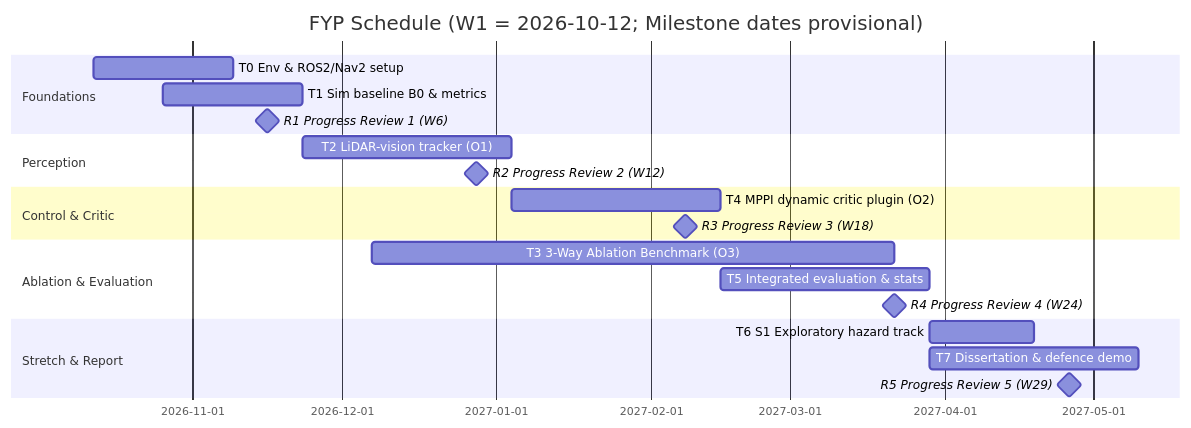
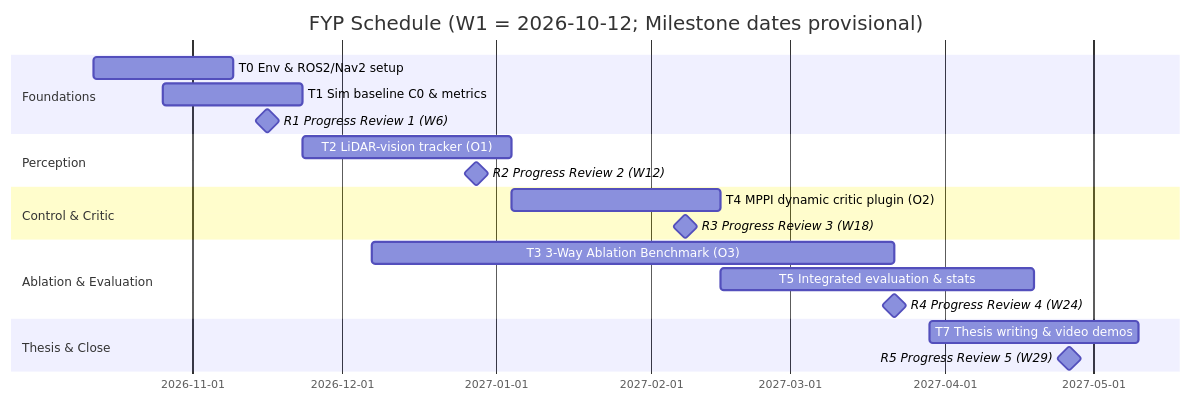
Before and after one commit to cupcakes04/y4_ee: the diagram in modules/EEEE4077_mechatronics_proj/chapters/planning/schedule.md, drawn with Mermaid. The commit also changed other lines of this file and 50 other files, not shown here.

````diff
--- a/modules/EEEE4077_mechatronics_proj/chapters/planning/schedule.md
+++ b/modules/EEEE4077_mechatronics_proj/chapters/planning/schedule.md
@@ -24,23 +28,22 @@
 ```mermaid
 gantt
     dateFormat  YYYY-MM-DD
     title FYP Schedule (W1 = 2026-10-12; Milestone dates provisional)
     section Foundations
     T0 Env & ROS2/Nav2 setup           :t0, 2026-10-12, 28d
-    T1 Sim baseline B0 & metrics       :t1, 2026-10-26, 28d
+    T1 Sim baseline C0 & metrics       :t1, 2026-10-26, 28d
     R1 Progress Review 1 (W6)          :milestone, r1, 2026-11-16, 0d
     section Perception
     T2 LiDAR-vision tracker (O1)       :t2, 2026-11-23, 42d
     R2 Progress Review 2 (W12)         :milestone, r2, 2026-12-28, 0d
     section Control & Critic
     T4 MPPI dynamic critic plugin (O2) :t4, 2027-01-04, 42d
     R3 Progress Review 3 (W18)         :milestone, r3, 2027-02-08, 0d
     section Ablation & Evaluation
     T3 3-Way Ablation Benchmark (O3)   :t3, 2026-12-07, 105d
-    T5 Integrated evaluation & stats   :t5, 2027-02-15, 42d
+    T5 Integrated evaluation & stats   :t5, 2027-02-15, 63d
     R4 Progress Review 4 (W24)         :milestone, r4, 2027-03-22, 0d
-    section Stretch & Report
-    T6 S1 Exploratory hazard track     :t6, 2027-03-29, 21d
-    T7 Dissertation & defence demo     :t7, 2027-03-29, 42d
+    section Thesis & Close
+    T7 Thesis writing & video demos    :t7, 2027-03-29, 42d
     R5 Progress Review 5 (W29)         :milestone, r5, 2027-04-26, 0d
 ```
````
